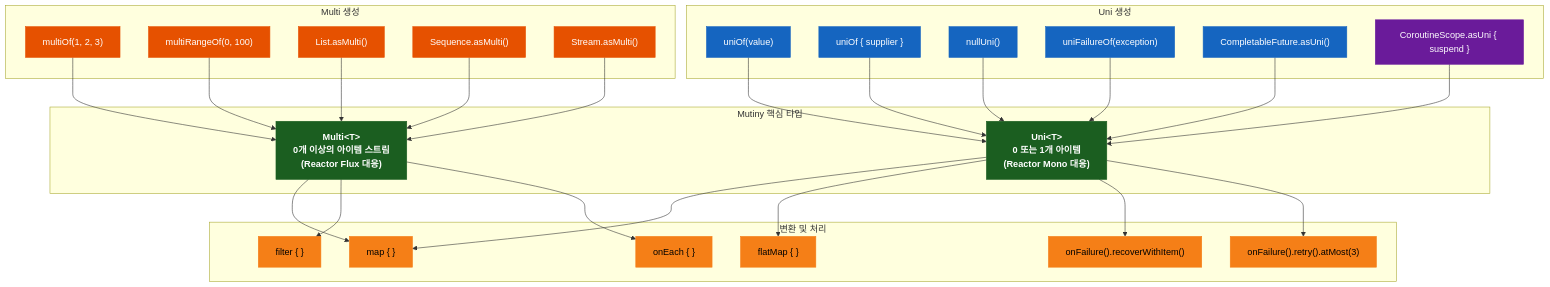
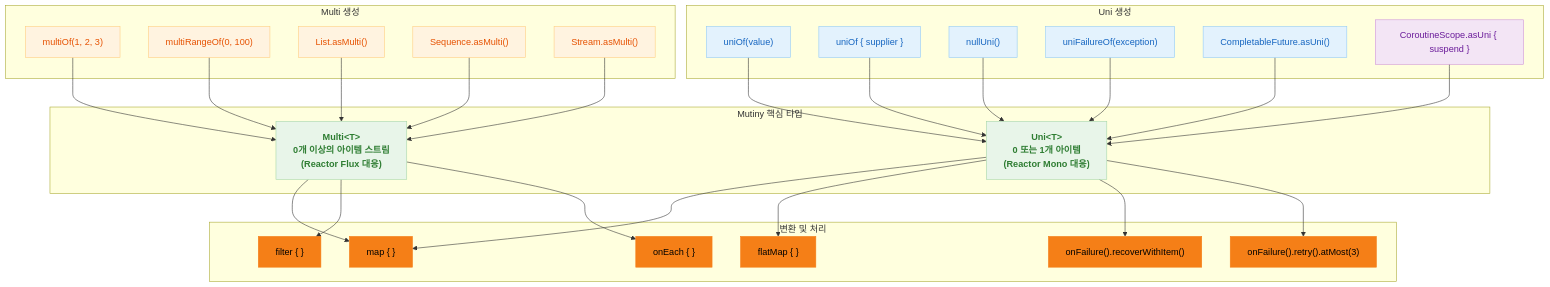
One commit to bluetape4k/bluetape4k-projects changed the second of 3 diagrams in utils/mutiny/README.ko.md. Above: the diagram before and after it, drawn with Mermaid. The commit also changed other lines of this file and 219 other files, not shown here.

First line of the commit message:
docs: 전체 README Mermaid 다이어그램 가이드 적용

````diff
--- a/utils/mutiny/README.ko.md
+++ b/utils/mutiny/README.ko.md
@@ -281,66 +281,66 @@
 ```mermaid
 flowchart TD
     subgraph Mutiny핵심타입["Mutiny 핵심 타입"]
         UNI["Uni&lt;T&gt;<br/>0 또는 1개 아이템<br/>(Reactor Mono 대응)"]
         MULTI["Multi&lt;T&gt;<br/>0개 이상의 아이템 스트림<br/>(Reactor Flux 대응)"]
     end
 
     subgraph Uni생성["Uni 생성"]
         UV["uniOf(value)"]
         US["uniOf { supplier }"]
         UN["nullUni()"]
         UF["uniFailureOf(exception)"]
         UCF["CompletableFuture.asUni()"]
         UCORO["CoroutineScope.asUni { suspend }"]
     end
 
     subgraph Multi생성["Multi 생성"]
         MV["multiOf(1, 2, 3)"]
         MR["multiRangeOf(0, 100)"]
         ML["List.asMulti()"]
         MS["Sequence.asMulti()"]
         MSTR["Stream.asMulti()"]
     end
 
     subgraph 변환및처리["변환 및 처리"]
         MAP["map { }"]
         FLT["filter { }"]
         FM["flatMap { }"]
         OE["onEach { }"]
         ERR["onFailure().recoverWithItem()"]
         RET["onFailure().retry().atMost(3)"]
     end
 
     UV --> UNI
     US --> UNI
     UN --> UNI
     UF --> UNI
     UCF --> UNI
     UCORO --> UNI
 
     MV --> MULTI
     MR --> MULTI
     ML --> MULTI
     MS --> MULTI
     MSTR --> MULTI
 
     UNI --> MAP
     UNI --> FM
     UNI --> ERR
     UNI --> RET
     MULTI --> MAP
     MULTI --> FLT
     MULTI --> OE
 
-    classDef coreStyle fill:#1B5E20,stroke:#1B5E20,color:#FFFFFF,font-weight:bold
-    classDef serviceStyle fill:#1565C0,stroke:#1565C0,color:#FFFFFF
-    classDef utilStyle fill:#E65100,stroke:#E65100,color:#FFFFFF
-    classDef asyncStyle fill:#6A1B9A,stroke:#6A1B9A,color:#FFFFFF
+    classDef coreStyle fill:#E8F5E9,stroke:#A5D6A7,color:#2E7D32,font-weight:bold
+    classDef serviceStyle fill:#E3F2FD,stroke:#90CAF9,color:#1565C0
+    classDef utilStyle fill:#FFF3E0,stroke:#FFCC80,color:#E65100
+    classDef asyncStyle fill:#F3E5F5,stroke:#CE93D8,color:#6A1B9A
     classDef dataStyle fill:#F57F17,stroke:#F57F17,color:#000000
 
     class UNI,MULTI coreStyle
     class UV,US,UN,UF,UCF serviceStyle
     class UCORO asyncStyle
     class MV,MR,ML,MS,MSTR utilStyle
     class MAP,FLT,FM,OE,ERR,RET dataStyle
 ```
````
